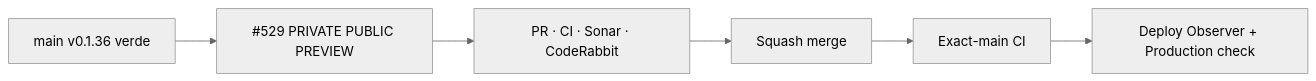
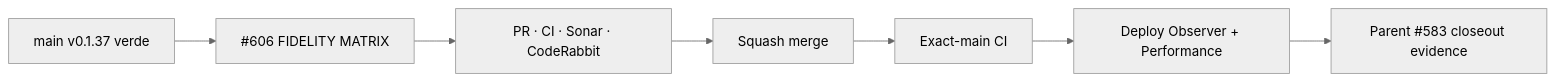
One commit to pl0n3r/brvtal changed the diagram in README.md. Above: the diagram before and after it, drawn with Mermaid (neutral theme). The commit also changed other lines of this file and 4 other files, not shown here.

````diff
--- a/README.md
+++ b/README.md
@@ -50,8 +49,9 @@
 ```mermaid
 flowchart LR
- B["main v0.1.36 verde"] --> S["#529 PRIVATE PUBLIC PREVIEW"]
- S --> P["PR · CI · Sonar · CodeRabbit"]
+ B["main v0.1.37 verde"] --> Q["#606 FIDELITY MATRIX"]
+ Q --> P["PR · CI · Sonar · CodeRabbit"]
  P --> M["Squash merge"]
  M --> X["Exact-main CI"]
- X --> D["Deploy Observer + Production check"]
+ X --> D["Deploy Observer + Performance"]
+ D --> C["Parent #583 closeout evidence"]
 ```
````
